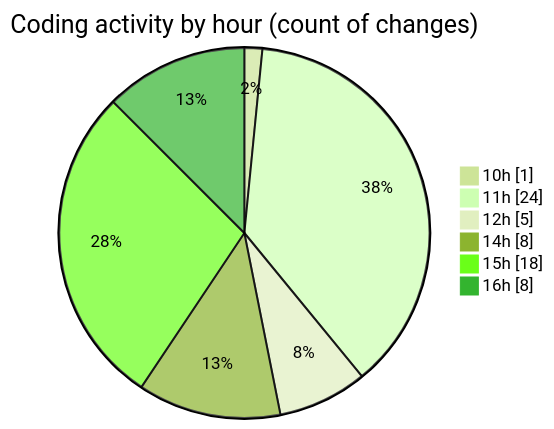
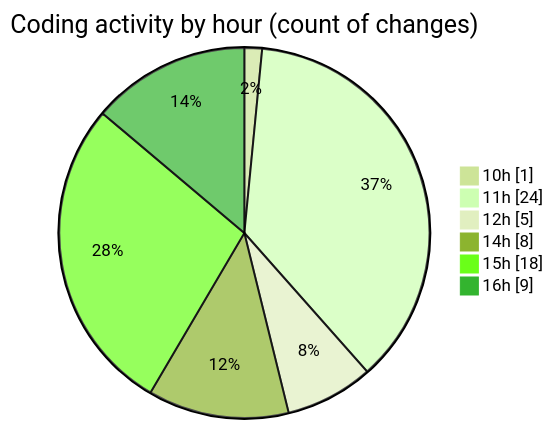
Before and after one commit to debugP/code-tracking: the second of 2 diagrams in 2025-10-03/untitled__workspace_/README.md, drawn with Mermaid (forest theme). The commit also changed other lines of this file and 1 other file, not shown here.

````diff
--- a/2025-10-03/untitled__workspace_/README.md
+++ b/2025-10-03/untitled__workspace_/README.md
@@ -31,10 +31,10 @@
 ```mermaid
 pie showData
 title Coding activity by hour (count of changes)
 "10h" : 1
 "11h" : 24
 "12h" : 5
 "14h" : 8
 "15h" : 18
-"16h" : 8
+"16h" : 9
 ```
````
